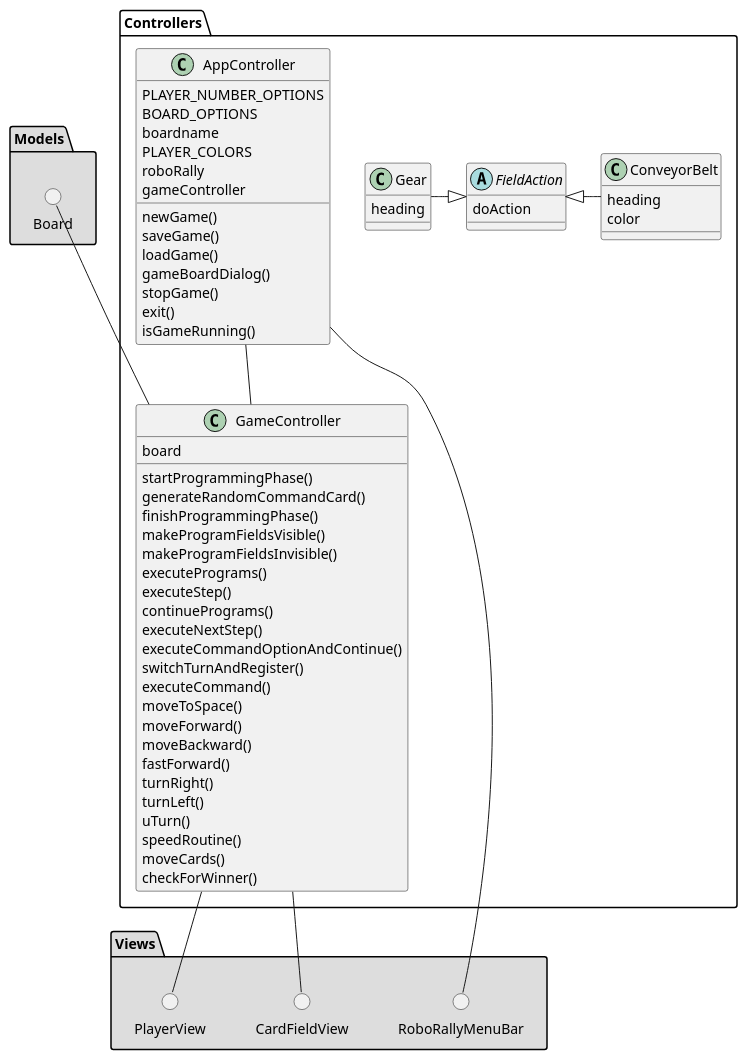
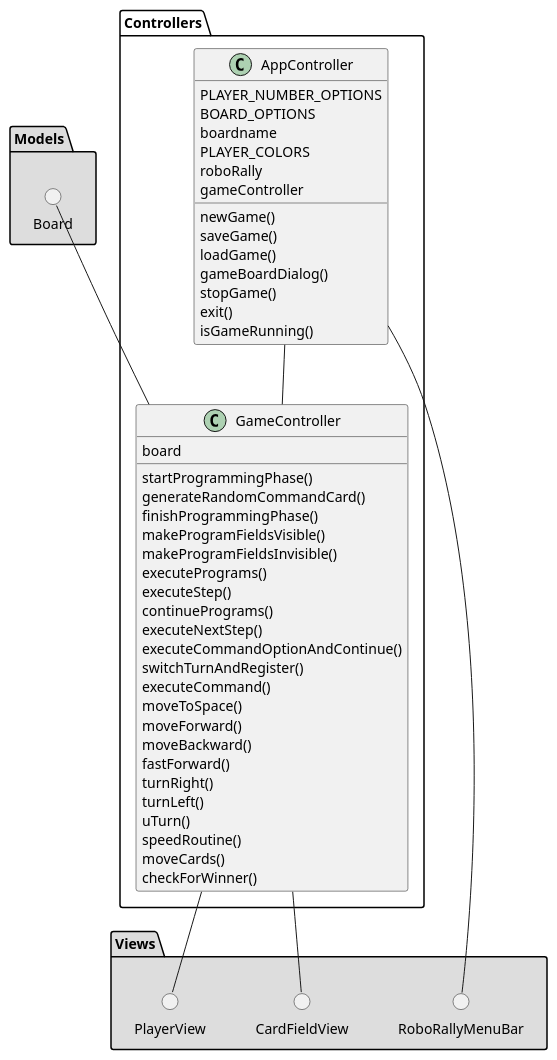
The diagram in PlantUML/ControllerClassDiagram.puml (MarkBidstrup/RoboRally), drawn with PlantUML before and after one commit. The commit also changed 1 other file, not shown here.

Commit message:
minor changes in class diagrams

```diff
--- a/PlantUML/ControllerClassDiagram.puml
+++ b/PlantUML/ControllerClassDiagram.puml
@@ -1,94 +1,79 @@
 @startuml
 'https://plantuml.com/class-diagram
 
 package Controllers {
 
     class AppController{
         PLAYER_NUMBER_OPTIONS
         BOARD_OPTIONS
         boardname
         PLAYER_COLORS
         roboRally
         gameController
 
         newGame()
         saveGame()
         loadGame()
         gameBoardDialog()
         stopGame()
         exit()
         isGameRunning()
-    }
-
-    class ConveyorBelt {
-        heading
-        color
-    }
-
-    abstract class FieldAction {
-        doAction
     }
 
     class GameController {
         board
 
         startProgrammingPhase()
         generateRandomCommandCard()
         finishProgrammingPhase()
         makeProgramFieldsVisible()
         makeProgramFieldsInvisible()
         executePrograms()
         executeStep()
         continuePrograms()
         executeNextStep()
         executeCommandOptionAndContinue()
         switchTurnAndRegister()
         executeCommand()
         moveToSpace()
         moveForward()
         moveBackward()
         fastForward()
         turnRight()
         turnLeft()
         uTurn()
         speedRoutine()
         moveCards()
         checkForWinner()
     }
 
-    class Gear {
-        heading
-    }
-
 }
 
 package "Models" #DDDDDD {
 
     () Board
 
 }
 
 package "Views" #DDDDDD {
 
     () CardFieldView
     () PlayerView
     () RoboRallyMenuBar
 
 }
 
 'Controllers
 AppController -- GameController
-ConveyorBelt -L|> FieldAction
-Gear -|> FieldAction
 
 'Views
 GameController -- CardFieldView
 GameController -- PlayerView
 AppController -- RoboRallyMenuBar
 
 'Models
 Board -- GameController
 
 
 
 @enduml
```
